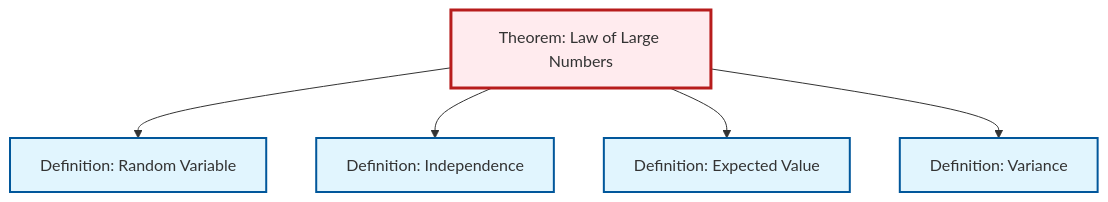
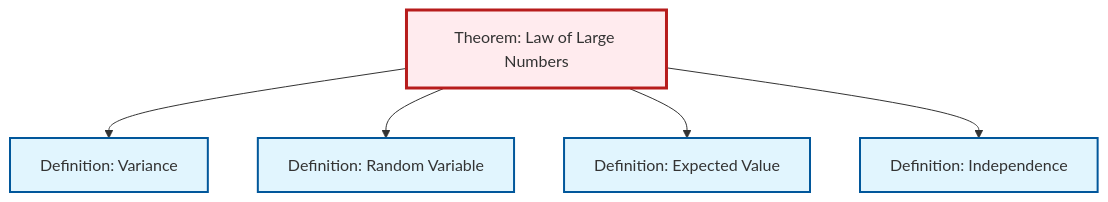
Before and after one commit to RK0429/ModernMath: the second of 2 diagrams in content/ja/probability-statistics/thm-law-of-large-numbers.qmd, drawn with Mermaid. The commit also changed other lines of this file and 615 other files, not shown here.

````diff
--- a/content/ja/probability-statistics/thm-law-of-large-numbers.qmd
+++ b/content/ja/probability-statistics/thm-law-of-large-numbers.qmd
@@ -84,23 +84,23 @@
 ```{mermaid}
 %%| fig-cap: "Local dependency graph"
 graph TD
     classDef definition fill:#e1f5fe,stroke:#01579b,stroke-width:2px
     classDef theorem fill:#f3e5f5,stroke:#4a148c,stroke-width:2px
     classDef axiom fill:#fff3e0,stroke:#e65100,stroke-width:2px
     classDef example fill:#e8f5e9,stroke:#1b5e20,stroke-width:2px
     classDef current fill:#ffebee,stroke:#b71c1c,stroke-width:3px
+    def-independence["Definition: Independence"]:::definition
+    def-random-variable["Definition: Random Variable"]:::definition
     thm-law-of-large-numbers["Theorem: Law of Large Numbers"]:::theorem
+    def-variance["Definition: Variance"]:::definition
     def-expectation["Definition: Expected Value"]:::definition
-    def-random-variable["Definition: Random Variable"]:::definition
-    def-independence["Definition: Independence"]:::definition
-    def-variance["Definition: Variance"]:::definition
+    thm-law-of-large-numbers --> def-variance
     thm-law-of-large-numbers --> def-random-variable
+    thm-law-of-large-numbers --> def-expectation
     thm-law-of-large-numbers --> def-independence
-    thm-law-of-large-numbers --> def-expectation
-    thm-law-of-large-numbers --> def-variance
     class thm-law-of-large-numbers current
+    click def-independence "def-independence.html" "Definition: Independenceへ"
+    click def-random-variable "def-random-variable.html" "Definition: Random Variableへ"
+    click def-variance "def-variance.html" "Definition: Varianceへ"
     click def-expectation "def-expectation.html" "Definition: Expected Valueへ"
-    click def-random-variable "def-random-variable.html" "Definition: Random Variableへ"
-    click def-independence "def-independence.html" "Definition: Independenceへ"
-    click def-variance "def-variance.html" "Definition: Varianceへ"
 ```
````
